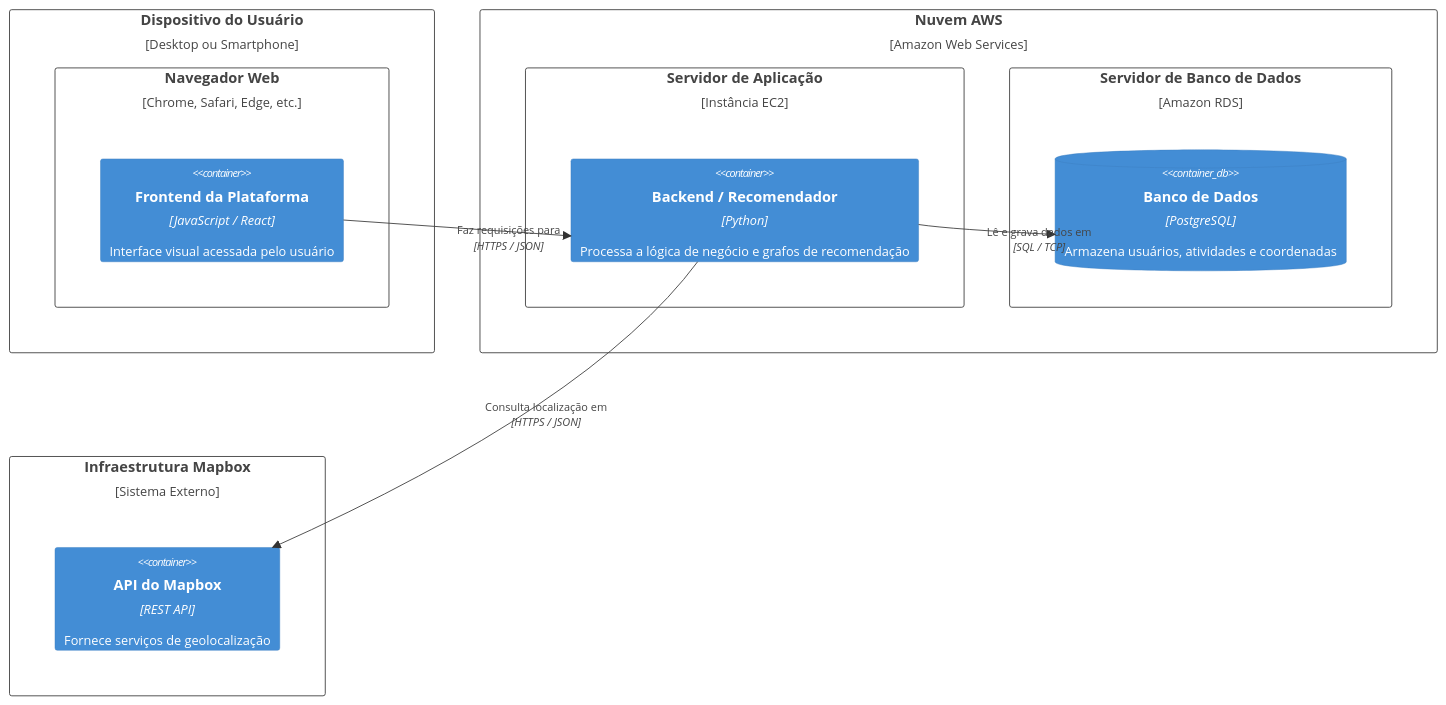
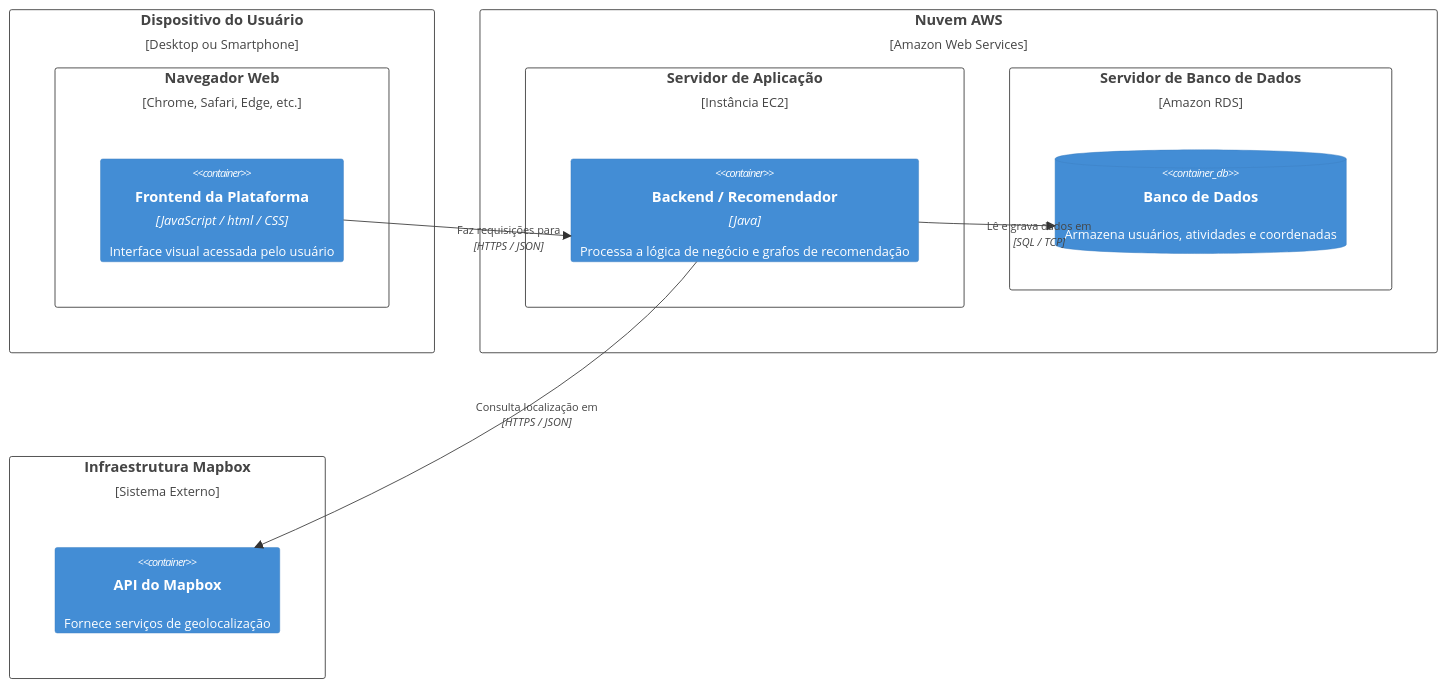
Before and after one commit to J-B-Works/Wisp: the diagram in Modelagem/Diagrama de implantação.md, drawn with Mermaid.

Commit message:
chore: correct deployment diagram details

````diff
--- a/Modelagem/Diagrama de implantação.md
+++ b/Modelagem/Diagrama de implantação.md
@@ -3,28 +3,28 @@
 ```mermaid
 C4Deployment
 
   Deployment_Node(user_device, "Dispositivo do Usuário", "Desktop ou Smartphone") {
       Deployment_Node(browser, "Navegador Web", "Chrome, Safari, Edge, etc.") {
-          Container(frontend, "Frontend da Plataforma", "JavaScript / React", "Interface visual acessada pelo usuário")
+          Container(frontend, "Frontend da Plataforma", "JavaScript / html / CSS", "Interface visual acessada pelo usuário")
       }
   }
 
   Deployment_Node(aws, "Nuvem AWS", "Amazon Web Services") {
       Deployment_Node(app_server, "Servidor de Aplicação", "Instância EC2") {
-          Container(backend, "Backend / Recomendador", "Python", "Processa a lógica de negócio e grafos de recomendação")
+          Container(backend, "Backend / Recomendador", "Java", "Processa a lógica de negócio e grafos de recomendação")
       }
       Deployment_Node(db_server, "Servidor de Banco de Dados", "Amazon RDS") {
-          ContainerDb(database, "Banco de Dados", "PostgreSQL", "Armazena usuários, atividades e coordenadas")
+          ContainerDb(database, "Banco de Dados", "", "Armazena usuários, atividades e coordenadas")
       }
   }
 
   Deployment_Node(mapbox, "Infraestrutura Mapbox", "Sistema Externo") {
-      Container(mapbox_api, "API do Mapbox", "REST API", "Fornece serviços de geolocalização")
+      Container(mapbox_api, "API do Mapbox", "", "Fornece serviços de geolocalização")
   }
 
   %% Relacionamentos
   Rel(frontend, backend, "Faz requisições para", "HTTPS / JSON")
   Rel(backend, database, "Lê e grava dados em", "SQL / TCP")
   Rel(backend, mapbox_api, "Consulta localização em", "HTTPS / JSON")
 
 ```
````
